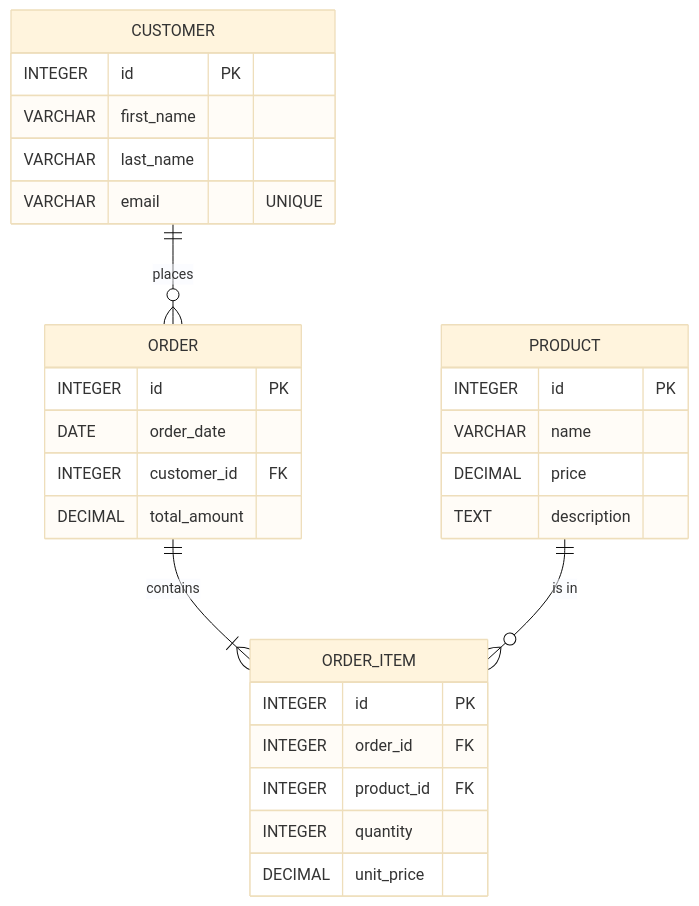
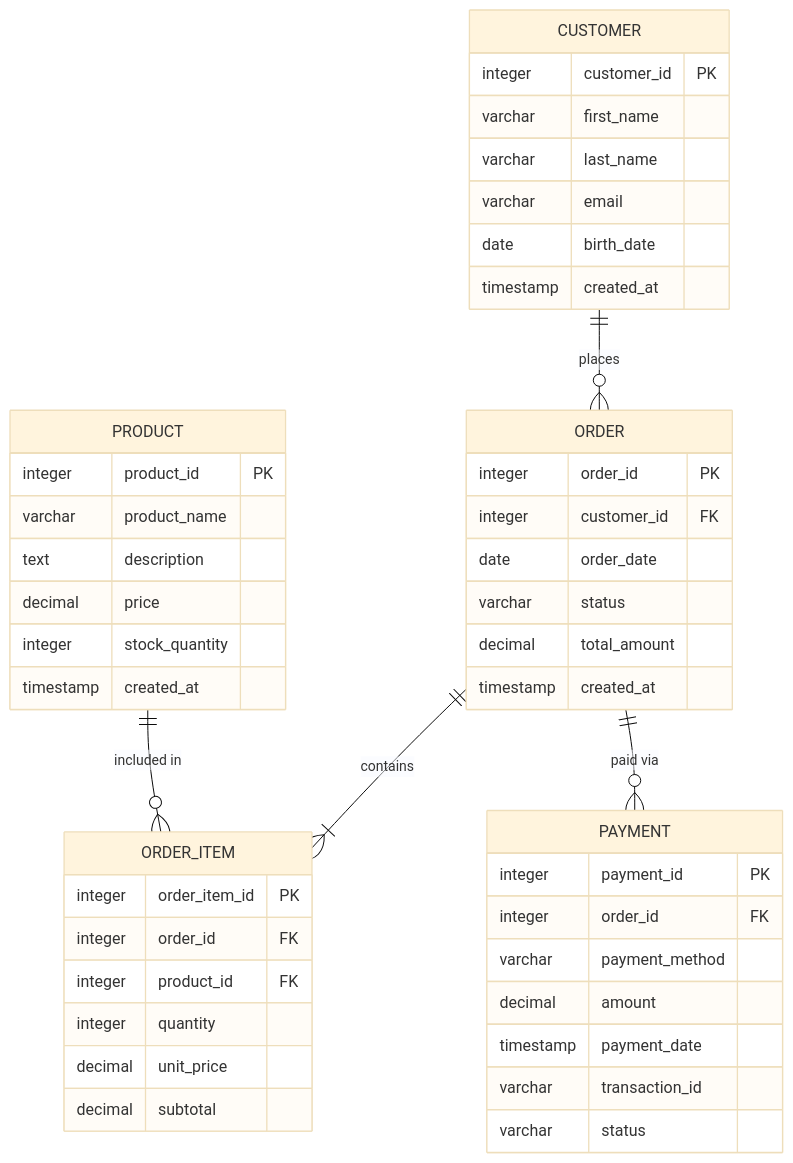
The second of 4 diagrams in db_postgresql_data_modeling.md (dcop7/tips_and_guides), drawn with Mermaid (base theme) before and after one commit. The commit also changed other lines of this file, not shown here.

````diff
--- a/db_postgresql_data_modeling.md
+++ b/db_postgresql_data_modeling.md
@@ -270,32 +160,48 @@
 ```mermaid
 erDiagram
+    CUSTOMER ||--o{ ORDER : places
     CUSTOMER {
-        INTEGER id PK
-        VARCHAR first_name
-        VARCHAR last_name
-        VARCHAR email "UNIQUE"
+        integer customer_id PK
+        varchar first_name
+        varchar last_name
+        varchar email
+        date birth_date
+        timestamp created_at
     }
+    ORDER ||--|{ ORDER_ITEM : contains
     ORDER {
-        INTEGER id PK
-        DATE order_date
-        INTEGER customer_id FK
-        DECIMAL total_amount
+        integer order_id PK
+        integer customer_id FK
+        date order_date
+        varchar status
+        decimal total_amount
+        timestamp created_at
     }
+    PRODUCT ||--o{ ORDER_ITEM : "included in"
     PRODUCT {
-        INTEGER id PK
-        VARCHAR name
-        DECIMAL price
-        TEXT description
+        integer product_id PK
+        varchar product_name
+        text description
+        decimal price
+        integer stock_quantity
+        timestamp created_at
     }
     ORDER_ITEM {
-        INTEGER id PK
-        INTEGER order_id FK
-        INTEGER product_id FK
-        INTEGER quantity
-        DECIMAL unit_price
+        integer order_item_id PK
+        integer order_id FK
+        integer product_id FK
+        integer quantity
+        decimal unit_price
+        decimal subtotal
     }
-    
-    CUSTOMER ||--o{ ORDER : "places"
-    ORDER ||--|{ ORDER_ITEM : "contains"
-    PRODUCT ||--o{ ORDER_ITEM : "is in"
+    ORDER ||--o{ PAYMENT : "paid via"
+    PAYMENT {
+        integer payment_id PK
+        integer order_id FK
+        varchar payment_method
+        decimal amount
+        timestamp payment_date
+        varchar transaction_id
+        varchar status
+    }
 ```
````
